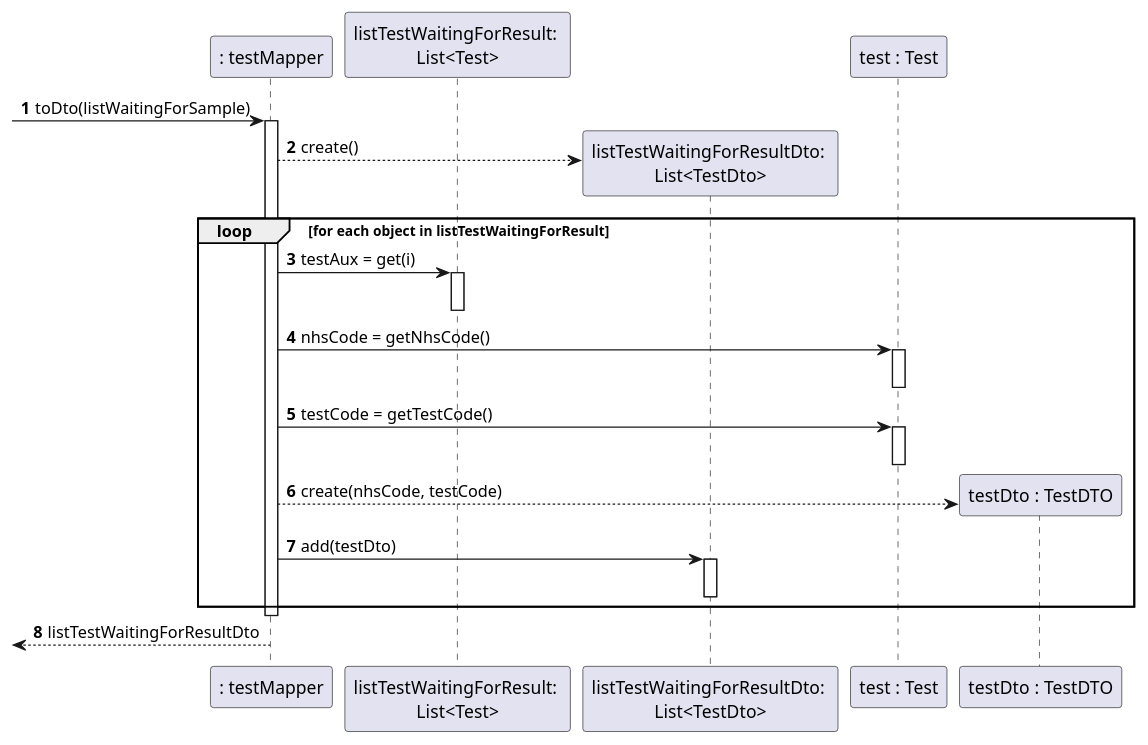
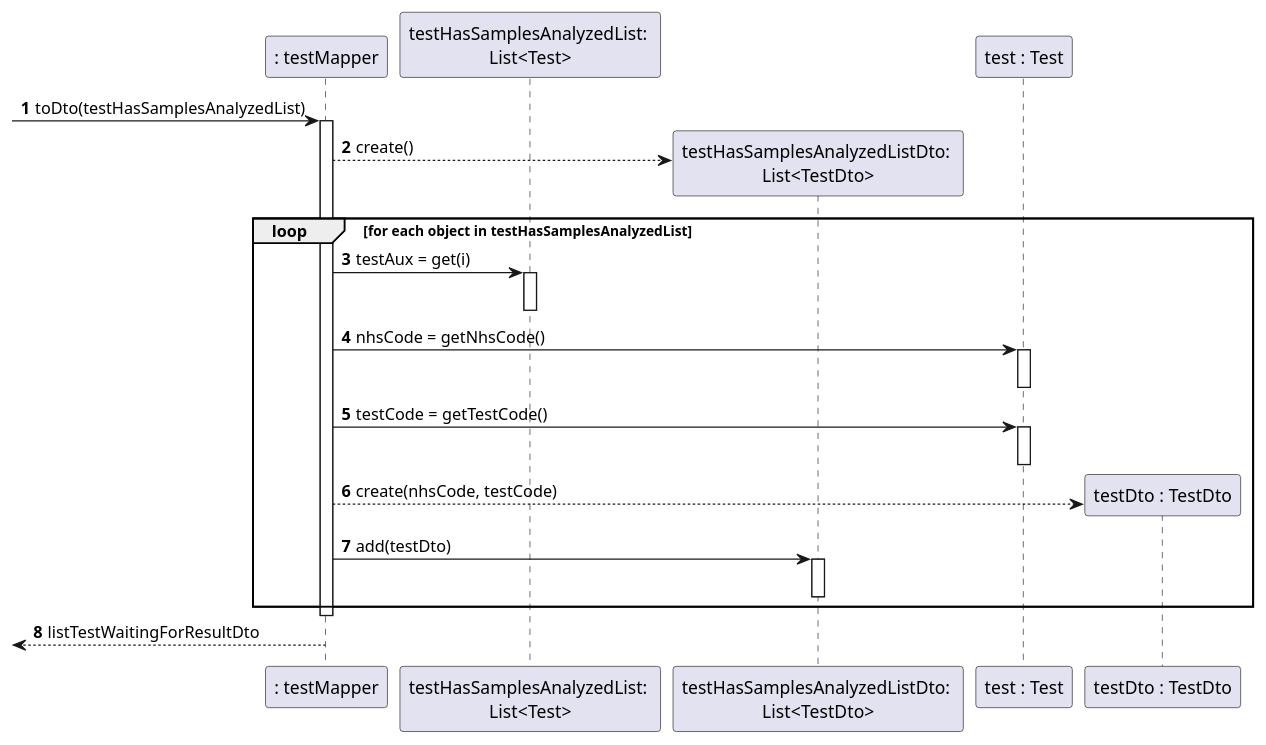
The diagram in docs/SprintC/US14/SD_TestMapper_toDto_List.puml (manu-07-ela/LAPR2_ISEP), drawn with PlantUML before and after one commit. The commit also changed 5 other files, not shown here.

```diff
--- a/docs/SprintC/US14/SD_TestMapper_toDto_List.puml
+++ b/docs/SprintC/US14/SD_TestMapper_toDto_List.puml
@@ -1,33 +1,33 @@
 @startuml
 'https://plantuml.com/sequence-diagram
 'hide footbox
 autonumber
 
 participant ": testMapper" as MAPPER
-participant "listTestWaitingForResult: \nList<Test>" as LWFR
-participant "listTestWaitingForResultDto: \nList<TestDto>" as LWFRDTO
+participant "testHasSamplesAnalyzedList: \nList<Test>" as LTestSA
+participant "testHasSamplesAnalyzedListDto: \nList<TestDto>" as LTestSADTO
 participant "test : Test" as TEST
-participant "testDto : TestDTO" as TESTDTO
+participant "testDto : TestDto" as TESTDTO
 
--> MAPPER : toDto(listWaitingForSample)
+-> MAPPER : toDto(testHasSamplesAnalyzedList)
 activate MAPPER
-MAPPER --> LWFRDTO** : create()
-loop for each object in listTestWaitingForResult
-MAPPER -> LWFR : testAux = get(i)
-activate LWFR
-deactivate LWFR
+MAPPER --> LTestSADTO** : create()
+loop for each object in testHasSamplesAnalyzedList
+MAPPER -> LTestSA : testAux = get(i)
+activate LTestSA
+deactivate LTestSA
 MAPPER -> TEST : nhsCode = getNhsCode()
 activate TEST
 deactivate TEST
 MAPPER -> TEST : testCode = getTestCode()
 activate TEST
 deactivate TEST
 MAPPER --> TESTDTO** : create(nhsCode, testCode)
-MAPPER -> LWFRDTO : add(testDto)
-activate LWFRDTO
-deactivate LWFRDTO
+MAPPER -> LTestSADTO : add(testDto)
+activate LTestSADTO
+deactivate LTestSADTO
 end
 deactivate MAPPER
 <-- MAPPER : listTestWaitingForResultDto
 
 @enduml
```
